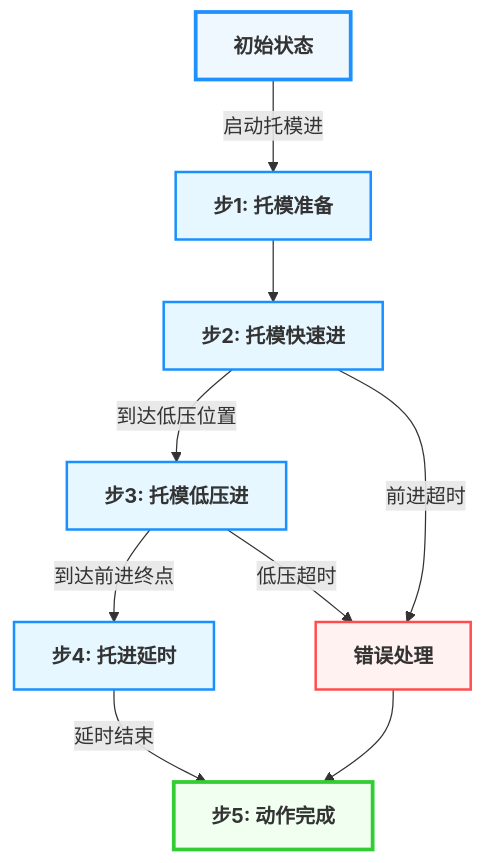
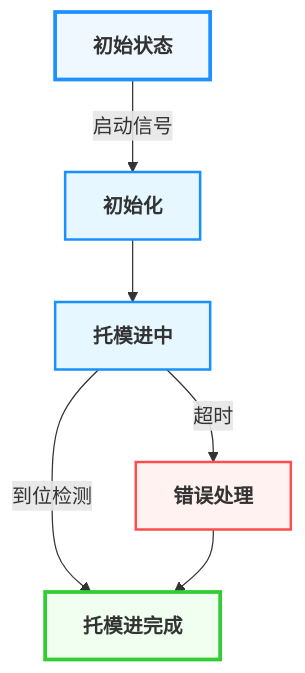
One commit to Porcheson/inj-machine-docs changed the fourth of 7 diagrams in docs/07_托模功能整理.md. Above: the diagram before and after it, drawn with Mermaid. The commit also changed other lines of this file and 1 other file, not shown here.

Commit message:
优化托模功能文档的Mermaid图表样式，移除classDef定义

````diff
--- a/docs/07_托模功能整理.md
+++ b/docs/07_托模功能整理.md
@@ -129,22 +177,19 @@
 ```mermaid
 flowchart TD
-    Start[初始状态] -->|启动托模进| Step1[步1: 托模准备]
-    Step1 --> Step2[步2: 托模快速进]
-    Step2 -->|到达低压位置| Step3[步3: 托模低压进]
-    Step3 -->|到达前进终点| Step4[步4: 托进延时]
-    Step3 -->|低压超时| Error[错误处理]
-    Step2 -->|前进超时| Error
-    Step4 -->|延时结束| Step5[步5: 动作完成]
-    Error --> Step5
+    Start[初始状态] -->|启动信号| Step1[初始化]
+    Step1 --> Step2[托模进中]
+    Step2 -->|到位检测| Step3[托模进完成]
+    Step2 -->|超时| Error[错误处理]
+    Error --> Step3
   
     classDef step fill:#e6f7ff,stroke:#1890ff,stroke-width:2px,rounded,font-weight:bold
     classDef error fill:#fff2f0,stroke:#ff4d4f,stroke-width:2px,rounded,font-weight:bold
     classDef complete fill:#f6ffed,stroke:#52c41a,stroke-width:2px,rounded,font-weight:bold
   
-    class Step1,Step2,Step3,Step4 step
+    class Step1,Step2 step
     class Error error
-    class Step5,Start complete
+    class Step3,Start complete
   
     style Start fill:#f0f8ff,stroke:#1e90ff,stroke-width:3px
-    style Step5 fill:#f0fff0,stroke:#32cd32,stroke-width:3px
+    style Step3 fill:#f0fff0,stroke:#32cd32,stroke-width:3px
 ```
````
